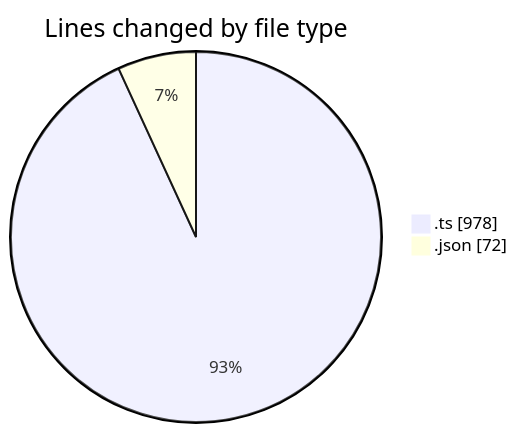
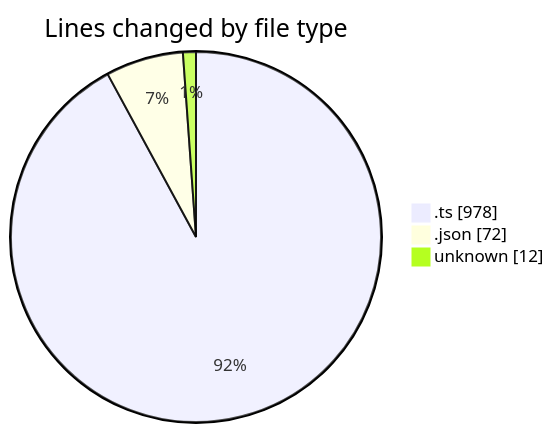
The first of 2 diagrams in 2025-09-10/hiai-phf/README.md (lephambinh05/code-tracking), drawn with Mermaid before and after one commit. The commit also changed other lines of this file and 1 other file, not shown here.

````diff
--- a/2025-09-10/hiai-phf/README.md
+++ b/2025-09-10/hiai-phf/README.md
@@ -24,6 +25,7 @@
 ```mermaid
 pie showData
 title Lines changed by file type
 ".ts" : 978
 ".json" : 72
+"unknown" : 12
 ```
````
